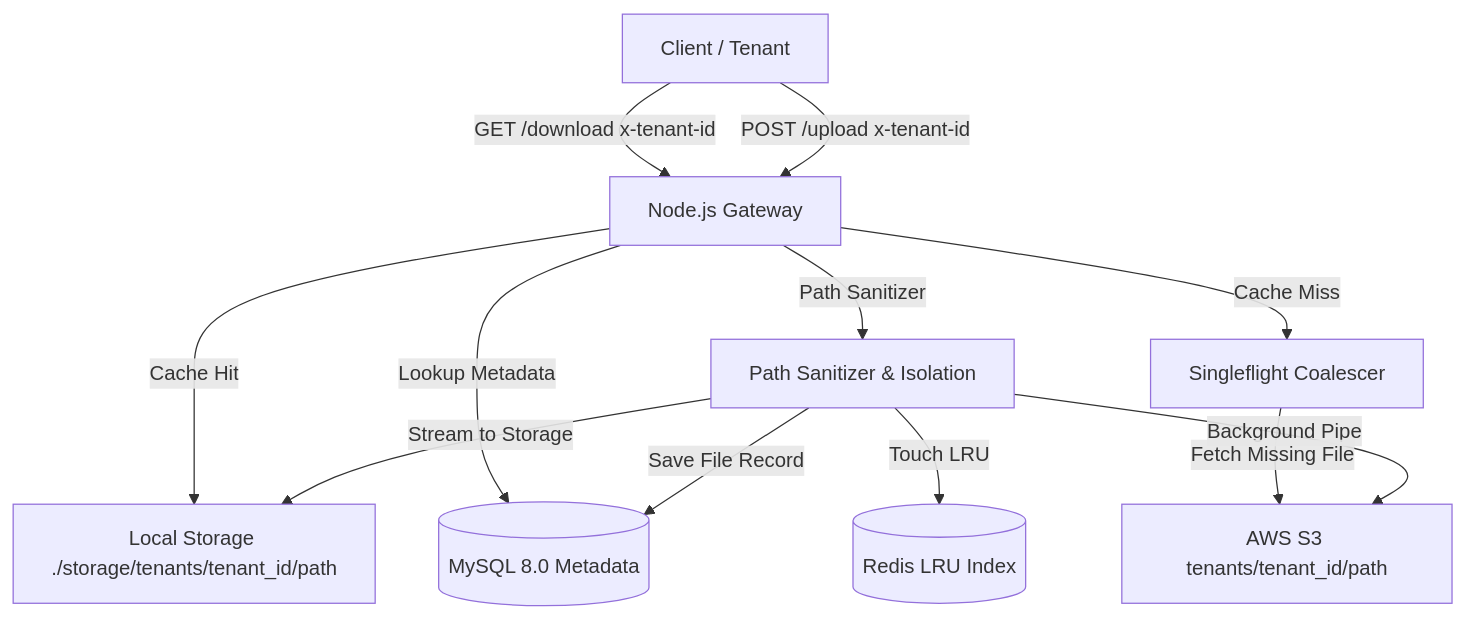
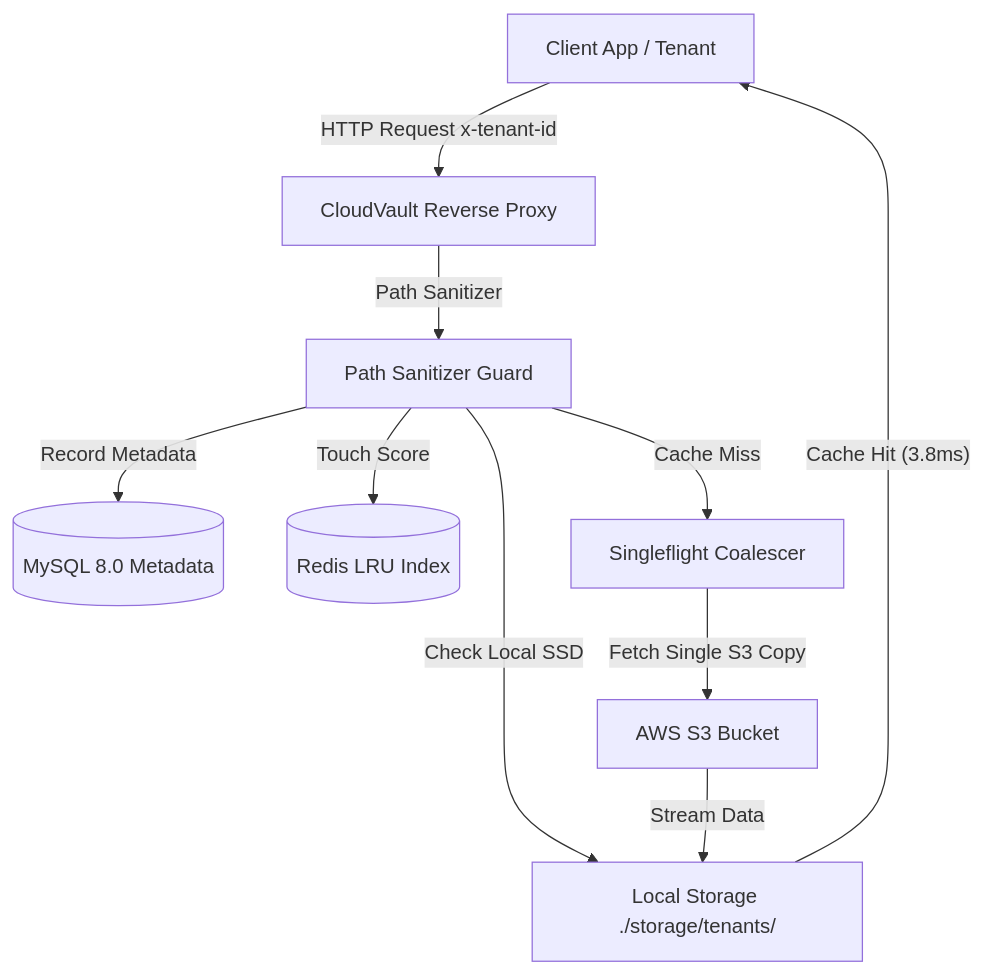
The diagram in README.md (vinay020606/CloudVault), drawn with Mermaid before and after one commit. The commit also changed other lines of this file, not shown here.

Commit message:
docs: update README with clear features, architecture, and benchmark instructions

````diff
--- a/README.md
+++ b/README.md
@@ -11,15 +34,14 @@
 ```mermaid
 graph TD;
-    User[Client / Tenant]-->|POST /upload x-tenant-id| API[Node.js Gateway];
-    API-->|Path Sanitizer| Security[Path Sanitizer & Isolation];
-    Security-->|Stream to Storage| Disk[Local Storage ./storage/tenants/tenant_id/path];
-    Security-->|Save File Record| MySQL[(MySQL 8.0 Metadata)];
-    Security-->|Background Pipe| S3[AWS S3 tenants/tenant_id/path];
-    Security-->|Touch LRU| Redis[(Redis LRU Index)];
+    Client[Client App / Tenant]-->|HTTP Request x-tenant-id| Proxy[CloudVault Reverse Proxy];
+    Proxy-->|Path Sanitizer| Security[Path Sanitizer Guard];
+    Security-->|Check Local SSD| Disk[Local Storage ./storage/tenants/];
+    Security-->|Record Metadata| MySQL[(MySQL 8.0 Metadata)];
+    Security-->|Touch Score| Redis[(Redis LRU Index)];
     
-    User-->|GET /download x-tenant-id| API;
-    API-->|Lookup Metadata| MySQL;
-    API-->|Cache Hit| Disk;
-    API-->|Cache Miss| Singleflight[Singleflight Coalescer];
-    Singleflight-->|Fetch Missing File| S3;
+    Disk-- Cache Hit (3.8ms) -->Client;
+    
+    Security-->|Cache Miss| Singleflight[Singleflight Coalescer];
+    Singleflight-->|Fetch Single S3 Copy| S3[AWS S3 Bucket];
+    S3-->|Stream Data| Disk;
 ```
````
